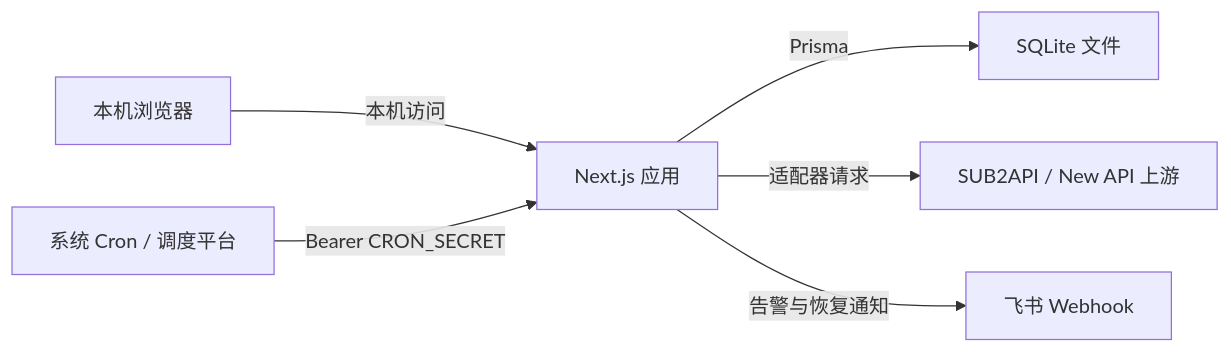
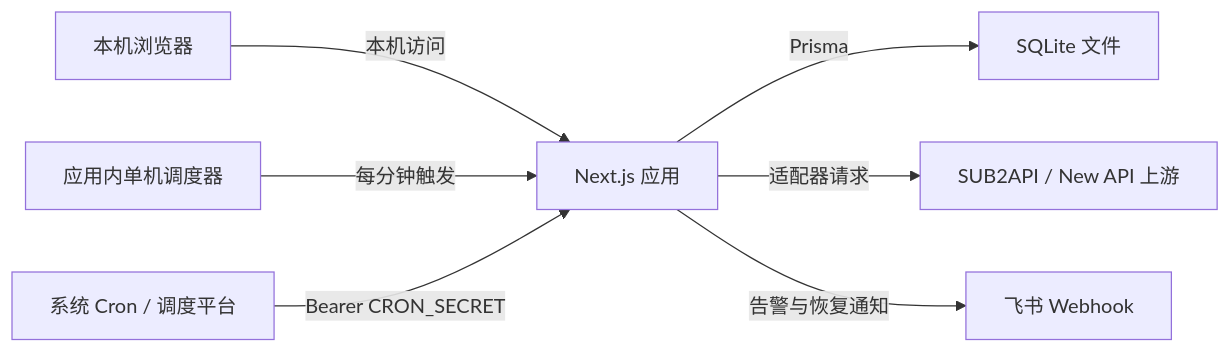
The first of 3 diagrams in docs/architecture.md (nevermorewish/relay-scope), drawn with Mermaid before and after one commit. The commit also changed other lines of this file and 30 other files, not shown here.

````diff
--- a/docs/architecture.md
+++ b/docs/architecture.md
@@ -15,8 +15,9 @@
 ```mermaid
 flowchart LR
   User["本机浏览器"] -->|"本机访问"| App["Next.js 应用"]
+  Scheduler["应用内单机调度器"] -->|"每分钟触发"| App
   Cron["系统 Cron / 调度平台"] -->|"Bearer CRON_SECRET"| App
   App -->|"Prisma"| DB["SQLite 文件"]
   App -->|"适配器请求"| Upstream["SUB2API / New API 上游"]
   App -->|"告警与恢复通知"| Feishu["飞书 Webhook"]
 ```
````
